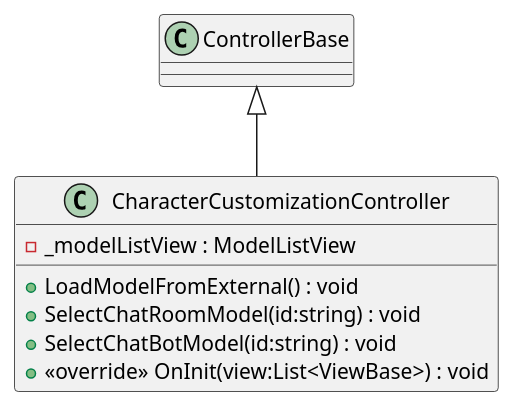
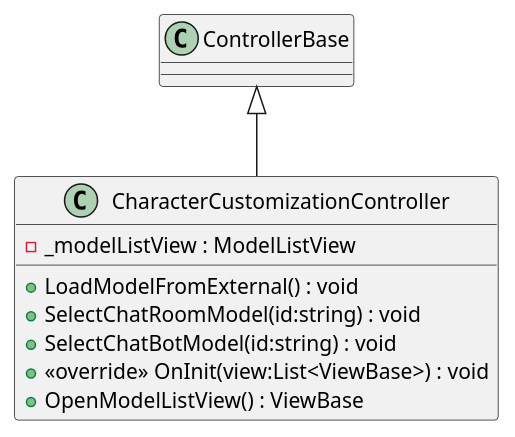
One commit to cutehusky/VirtualChat3D changed the diagram in src/Assets/Scripts/Core/CharacterCustomizationModule/puml/Controller/CharacterCustomizationController.puml. Above: the diagram before and after it, drawn with PlantUML. The commit also changed 101 other files, not shown here.

First line of the commit message:
update framework and create uml for OnlineRuntimeModule

```diff
--- a/src/Assets/Scripts/Core/CharacterCustomizationModule/puml/Controller/CharacterCustomizationController.puml
+++ b/src/Assets/Scripts/Core/CharacterCustomizationModule/puml/Controller/CharacterCustomizationController.puml
@@ -1,10 +1,11 @@
 @startuml
 class CharacterCustomizationController {
     - _modelListView : ModelListView
     + LoadModelFromExternal() : void
     + SelectChatRoomModel(id:string) : void
     + SelectChatBotModel(id:string) : void
     + <<override>> OnInit(view:List<ViewBase>) : void
+    + OpenModelListView() : ViewBase
 }
 ControllerBase <|-- CharacterCustomizationController
 @enduml
```
